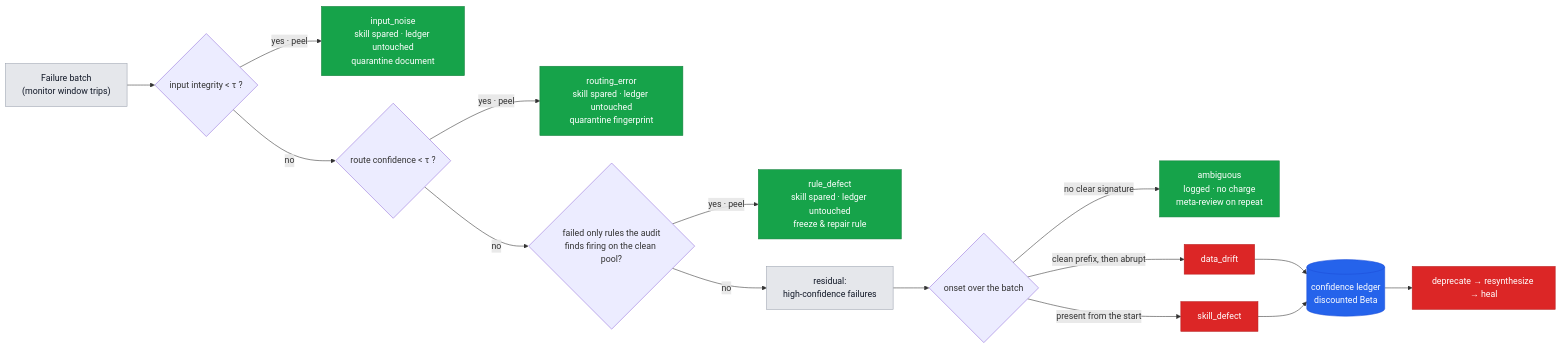
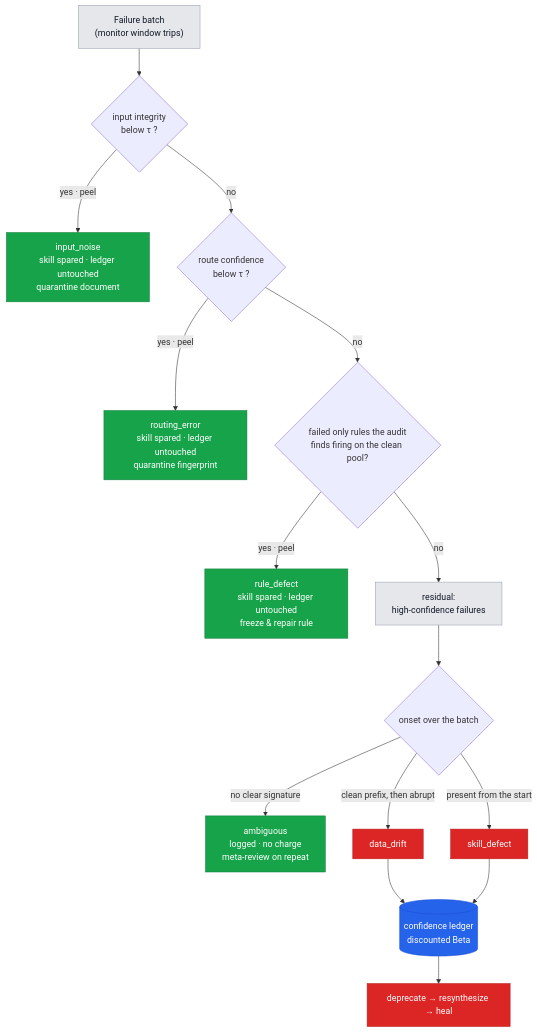
Before and after one commit to LHY3015/prove-agent: the second of 2 diagrams in README.md, drawn with Mermaid. The commit also changed other lines of this file and 5 other files, not shown here.

Commit message:
Publish figures to docs/ from the eval scripts; fix mermaid render and trim limitations

````diff
--- a/README.md
+++ b/README.md
@@ -165,21 +165,21 @@
 ```mermaid
-flowchart LR
-    B["Failure batch<br/>(monitor window trips)"]:::state --> P0{"input integrity < τ ?"}
+flowchart TD
+    B["Failure batch<br/>(monitor window trips)"]:::state --> P0{"input integrity<br/>below τ ?"}
     P0 -->|"yes · peel"| IN["input_noise<br/>skill spared · ledger untouched<br/>quarantine document"]:::spare
-    P0 -->|no| P1{"route confidence < τ ?"}
+    P0 -->|no| P1{"route confidence<br/>below τ ?"}
     P1 -->|"yes · peel"| RE["routing_error<br/>skill spared · ledger untouched<br/>quarantine fingerprint"]:::spare
     P1 -->|no| P2{"failed only rules the audit<br/>finds firing on the clean pool?"}
     P2 -->|"yes · peel"| RD["rule_defect<br/>skill spared · ledger untouched<br/>freeze & repair rule"]:::spare
     P2 -->|no| RES["residual:<br/>high-confidence failures"]:::state
     RES --> O{"onset over the batch"}
     O -->|"no clear signature"| AM["ambiguous<br/>logged · no charge<br/>meta-review on repeat"]:::spare
     O -->|"clean prefix, then abrupt"| DD["data_drift"]:::charge
     O -->|"present from the start"| SD["skill_defect"]:::charge
     DD --> LED[("confidence ledger<br/>discounted Beta")]:::det
     SD --> LED
     LED --> DEP["deprecate → resynthesize → heal"]:::charge
     classDef state fill:#e5e7eb,color:#111827,stroke:#9ca3af
     classDef det fill:#2563eb,color:#ffffff,stroke:#1d4ed8
     classDef spare fill:#16a34a,color:#ffffff,stroke:#15803d
     classDef charge fill:#dc2626,color:#ffffff,stroke:#b91c1c
 ```
````
